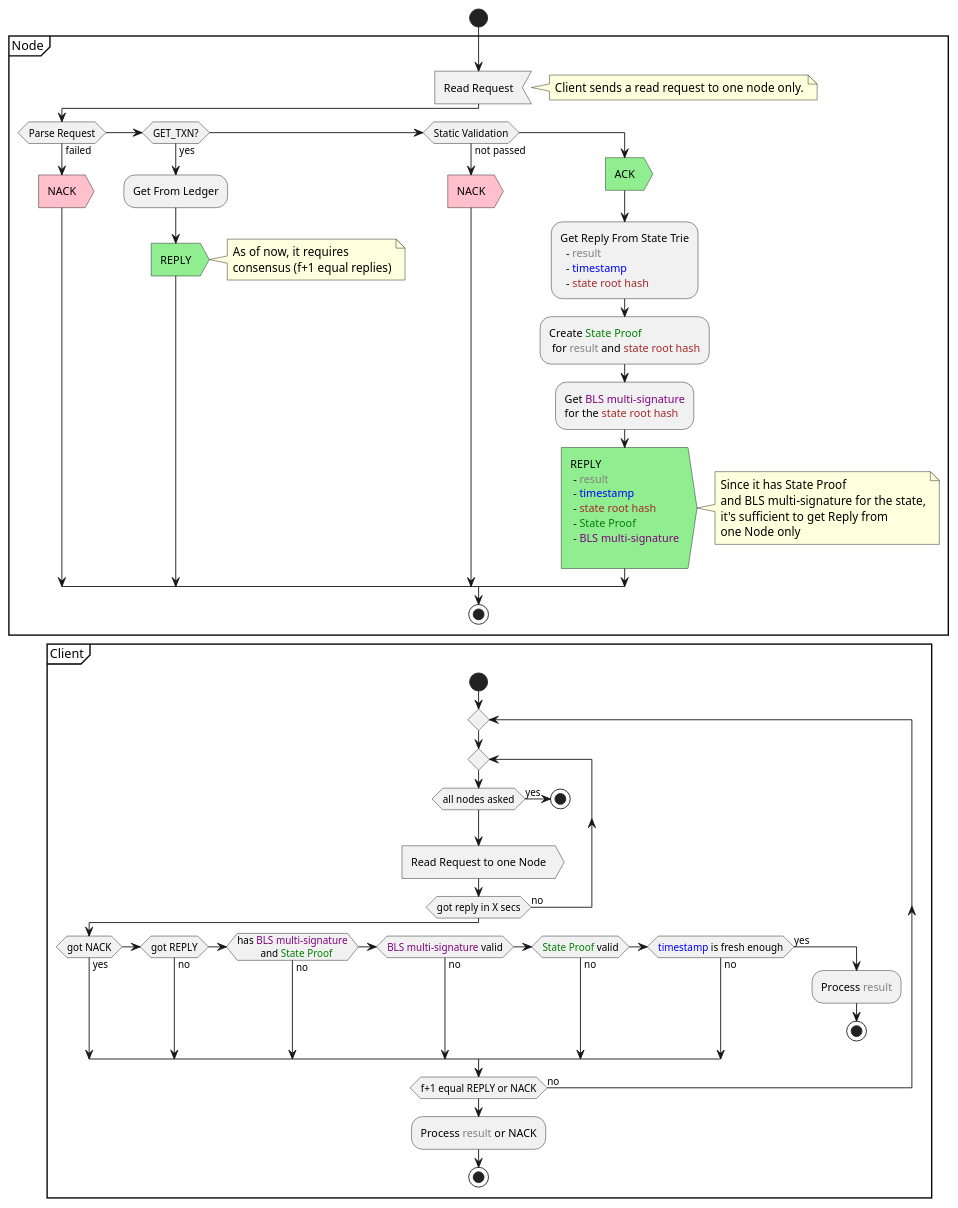
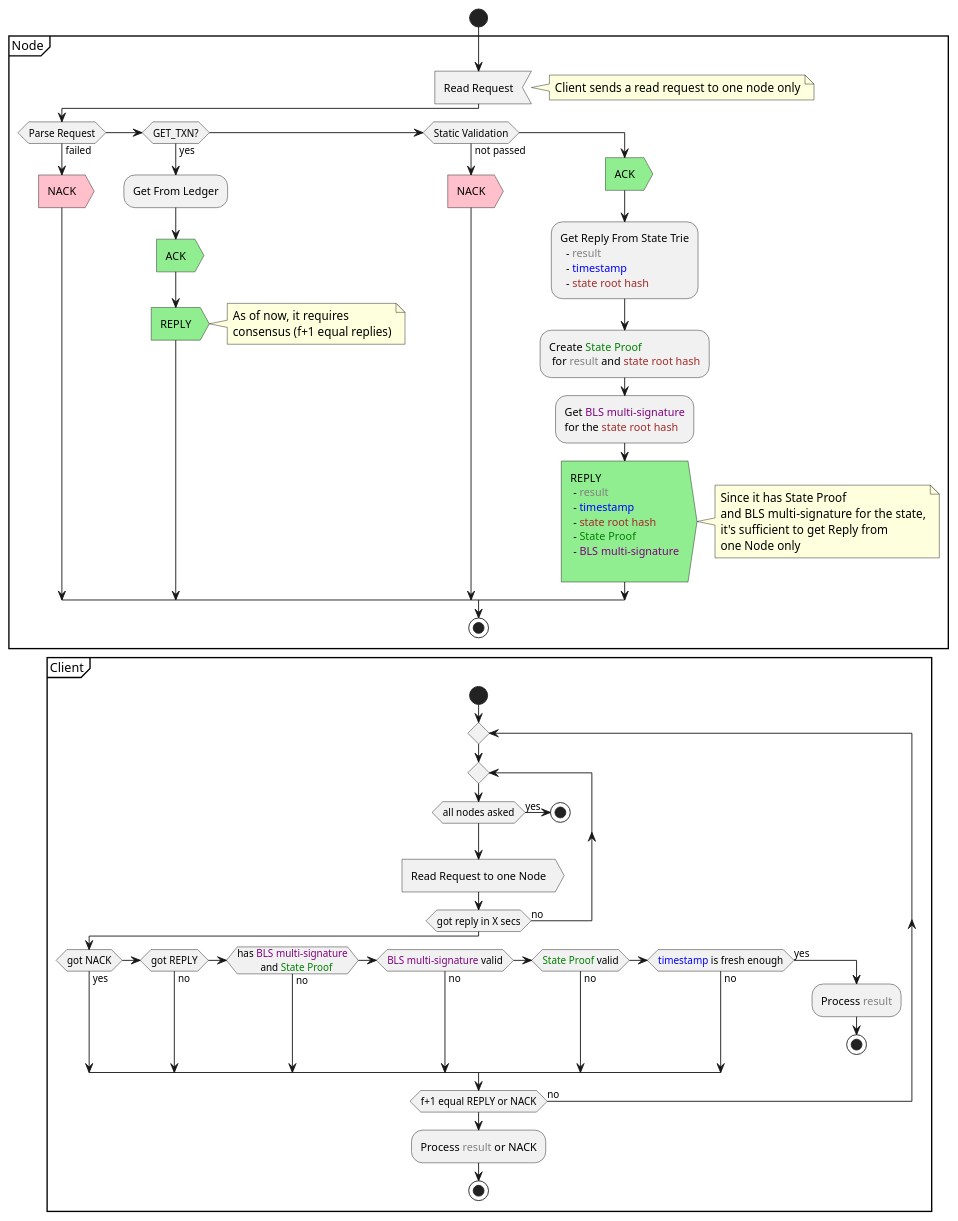
One commit to hyperledger/indy-plenum changed the diagram in docs/diagrams/read-requests.puml. Above: the diagram before and after it, drawn with PlantUML. The commit also changed 4 other files, not shown here.

Commit message:
Update storage diagram and docs

```diff
--- a/docs/diagrams/read-requests.puml
+++ b/docs/diagrams/read-requests.puml
@@ -1,78 +1,79 @@
 @startuml
 start
 partition Node {
     :Read Request<
     note right
-        Client sends a read request to one node only.
+        Client sends a read request to one node only
     end note
 
     if (Parse Request) then (failed)
         #pink:NACK>
     elseif (GET_TXN?) then (yes)
         :Get From Ledger;
+        #lightgreen:ACK>
         #lightgreen:REPLY>
         note right
           As of now, it requires
           consensus (f+1 equal replies)
         end note
     elseif (Static Validation) then (not passed)
         #pink:NACK>
     else
         #lightgreen:ACK>
         :Get Reply From State Trie
           - <color gray>result</color>
           - <color blue>timestamp</color>
           - <color brown>state root hash</color>;
         :Create <color green>State Proof</color>
          for <color gray>result</color> and <color brown>state root hash</color>;
         :Get <color purple>BLS multi-signature</color>
         for the <color brown>state root hash</color>;
         #lightgreen:REPLY
          - <color gray>result</color>
          - <color blue>timestamp</color>
          - <color brown>state root hash</color>
          - <color green>State Proof</color>
          - <color purple>BLS multi-signature</color>
          >
         note right
             Since it has State Proof
             and BLS multi-signature for the state,
             it's sufficient to get Reply from
             one Node only
         end note
 
     endif
 
     stop
 }
 
 
 partition Client {
     start
 
     repeat
 
         repeat
           if (all nodes asked) then (yes)
             stop
           endif
           :Read Request to one Node>
         repeat while (got reply in X secs) is (no)
 
         if (got NACK) then (yes)
         elseif (got REPLY) then (no)
         elseif (has <color purple>BLS multi-signature</color>
          and <color green>State Proof</color>) then (no)
         elseif (<color purple>BLS multi-signature</color> valid) then (no)
         elseif (<color green>State Proof</color> valid) then (no)
         elseif (<color blue>timestamp</color> is fresh enough) then (no)
         else (yes)
           :Process <color gray>result</color>;
           stop
         endif
 
     repeat while (f+1 equal REPLY or NACK) is (no)
     :Process <color gray>result</color> or NACK;
     stop
 }
 @enduml
```
